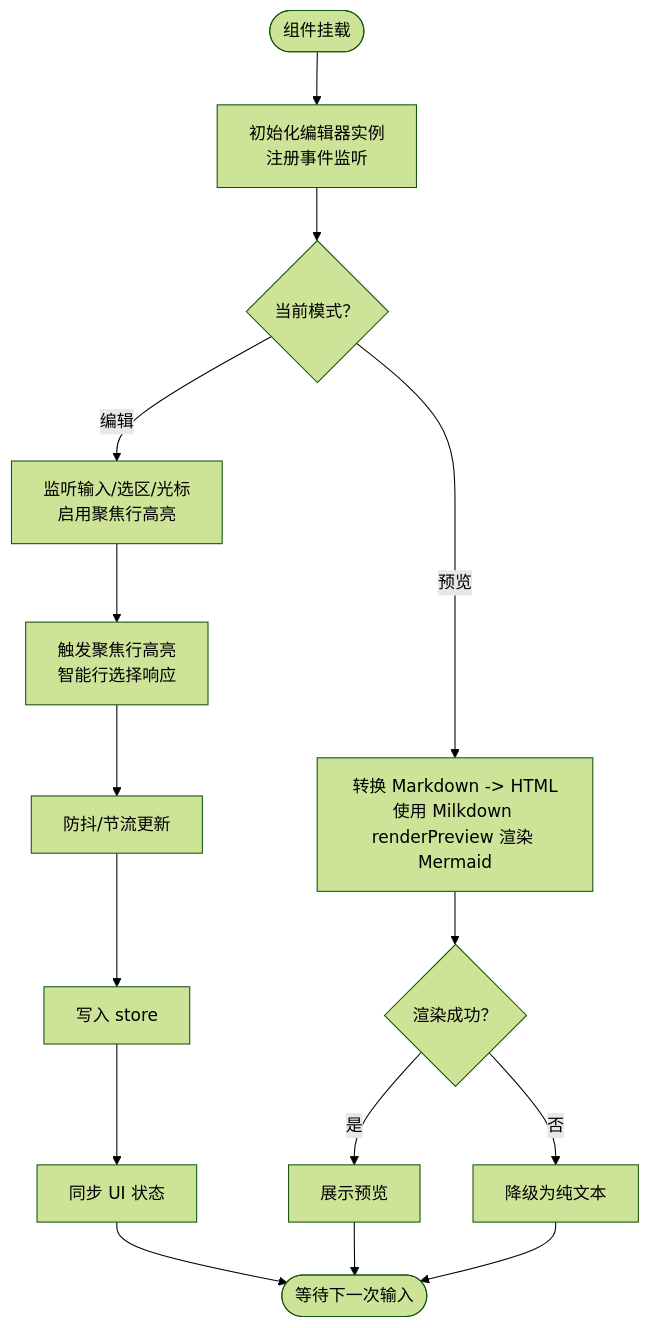
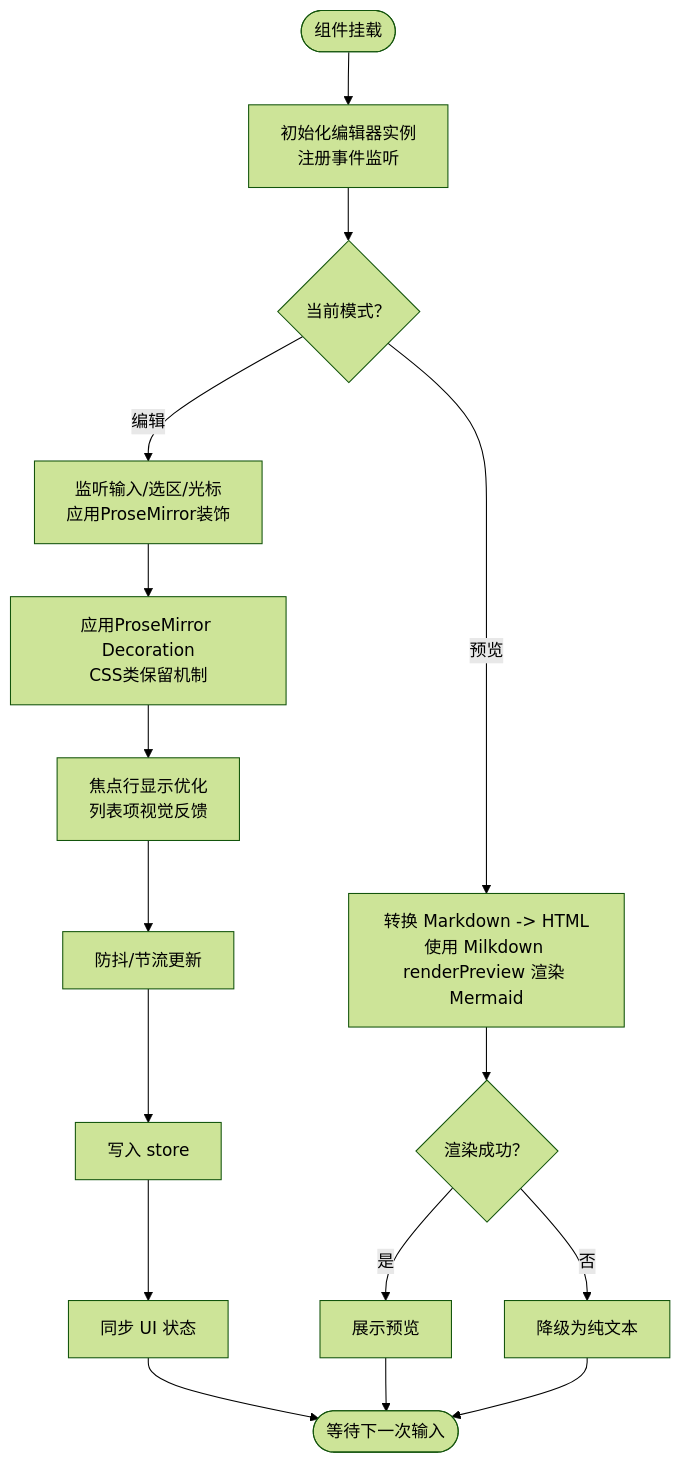
The third of 7 diagrams in .qoder/repowiki/zh/content/核心组件/编辑器组件.md (gongshiyun/ZenNote), drawn with Mermaid (forest theme) before and after one commit. The commit also changed other lines of this file and 14 other files, not shown here.

````diff
--- a/.qoder/repowiki/zh/content/核心组件/编辑器组件.md
+++ b/.qoder/repowiki/zh/content/核心组件/编辑器组件.md
@@ -175,17 +179,18 @@
 ```mermaid
 flowchart TD
 Start(["组件挂载"]) --> Init["初始化编辑器实例<br/>注册事件监听"]
 Init --> Mode{"当前模式？"}
-Mode --> |编辑| EditFlow["监听输入/选区/光标<br/>启用聚焦行高亮"]
+Mode --> |编辑| EditFlow["监听输入/选区/光标<br/>应用ProseMirror装饰"]
 Mode --> |预览| PreviewFlow["转换 Markdown -> HTML<br/>使用 Milkdown renderPreview 渲染 Mermaid"]
-EditFlow --> FocusHighlight["触发聚焦行高亮<br/>智能行选择响应"]
+EditFlow --> Decorate["应用ProseMirror Decoration<br/>CSS类保留机制"]
+Decorate --> FocusHighlight["焦点行显示优化<br/>列表项视觉反馈"]
 FocusHighlight --> Debounce["防抖/节流更新"]
 Debounce --> UpdateStore["写入 store"]
 PreviewFlow --> RenderOK{"渲染成功？"}
 RenderOK --> |是| ShowPreview["展示预览"]
 RenderOK --> |否| Fallback["降级为纯文本"]
 UpdateStore --> SyncUI["同步 UI 状态"]
 SyncUI --> End(["等待下一次输入"])
 ShowPreview --> End
 Fallback --> End
 ```
````
